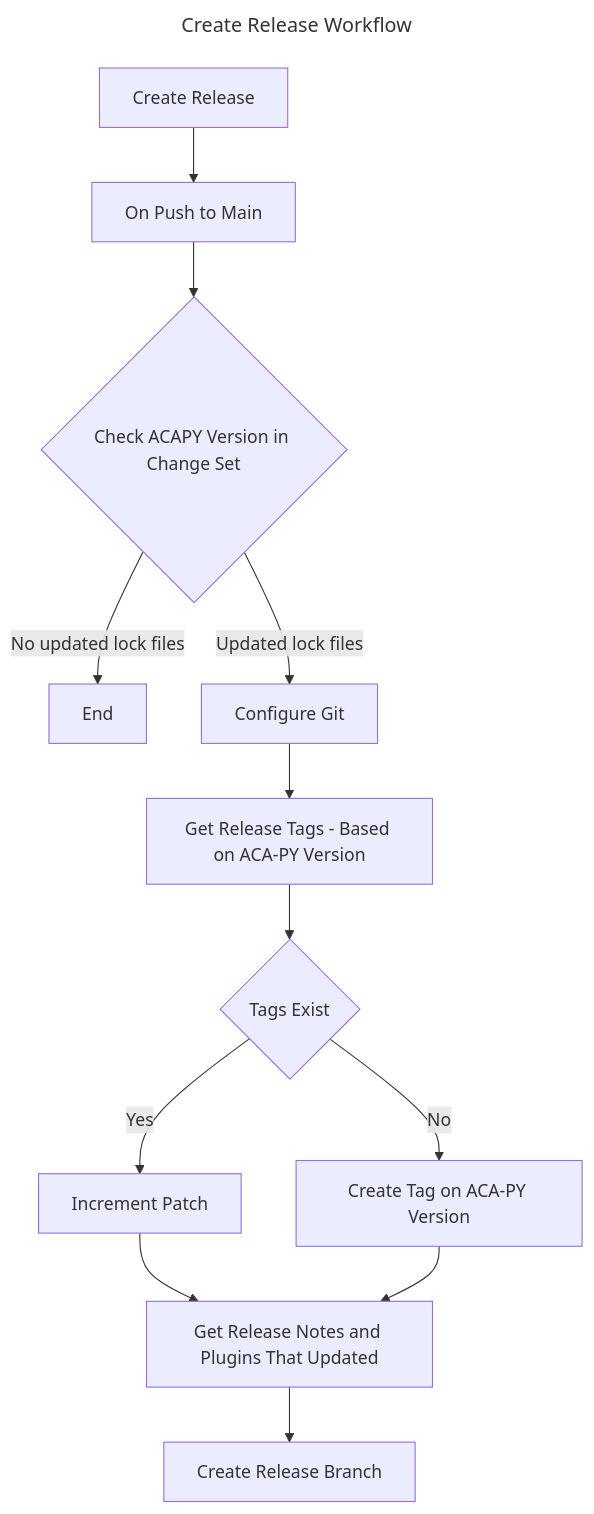
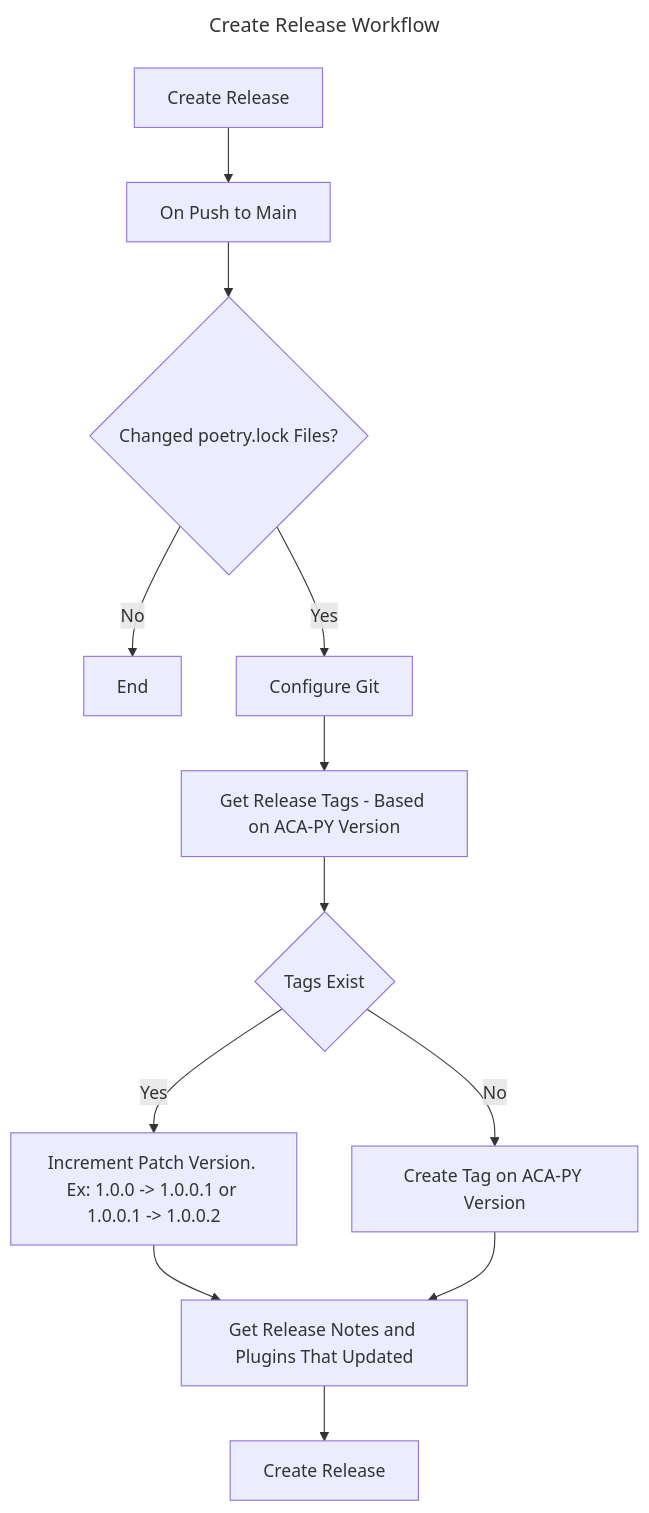
One commit to openwallet-foundation/acapy-plugins changed the second of 2 diagrams in .github/workflows/ReleaseWorkflows.md. Above: the diagram before and after it, drawn with Mermaid. The commit also changed 3 other files, not shown here.

````diff
--- a/.github/workflows/ReleaseWorkflows.md
+++ b/.github/workflows/ReleaseWorkflows.md
@@ -28,19 +28,19 @@
 ```mermaid
 ---
 title: Create Release Workflow
 ---
 
 flowchart TB
     Start[Create Release] --> OnPushMain[On Push to Main]
-    OnPushMain --> CheckChangeSet{Check ACAPY Version in Change Set}
-    CheckChangeSet --> |No updated lock files| End
-    CheckChangeSet --> |Updated lock files| ConfigureGit[Configure Git]
+    OnPushMain --> ChangedPoetryFiles{Changed poetry.lock Files?}
+    ChangedPoetryFiles --> |No| End
+    ChangedPoetryFiles --> |Yes| ConfigureGit[Configure Git]
     ConfigureGit --> GetReleaseTags[Get Release Tags - Based on ACA-PY Version]
     GetReleaseTags --> TagsExist{Tags Exist}
-    TagsExist --> |Yes| IncrementPatch[Increment Patch]
+    TagsExist --> |Yes| IncrementPatch[Increment Patch Version. Ex: 1.0.0 -> 1.0.0.1 or 1.0.0.1 -> 1.0.0.2]
     TagsExist --> |No| CreateTagOnACAPYVersion[Create Tag on ACA-PY Version]
     IncrementPatch --> GetReleaseNotes[Get Release Notes and Plugins That Updated]
     CreateTagOnACAPYVersion --> GetReleaseNotes
-    GetReleaseNotes --> CreateReleaseBranch[Create Release Branch]
+    GetReleaseNotes --> CreateRelease[Create Release]
 
 ```
````
